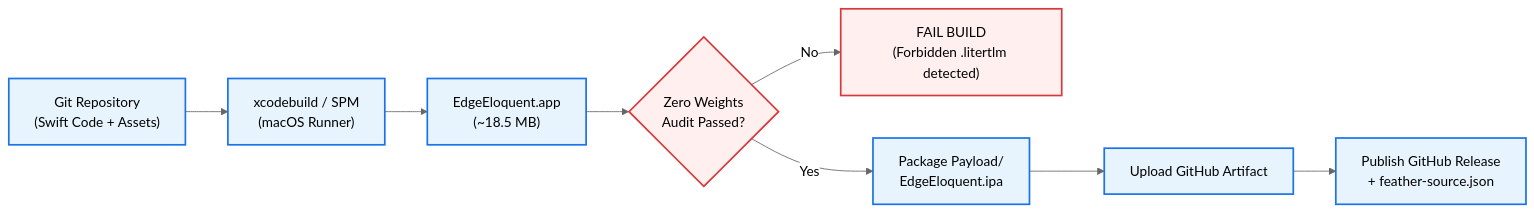
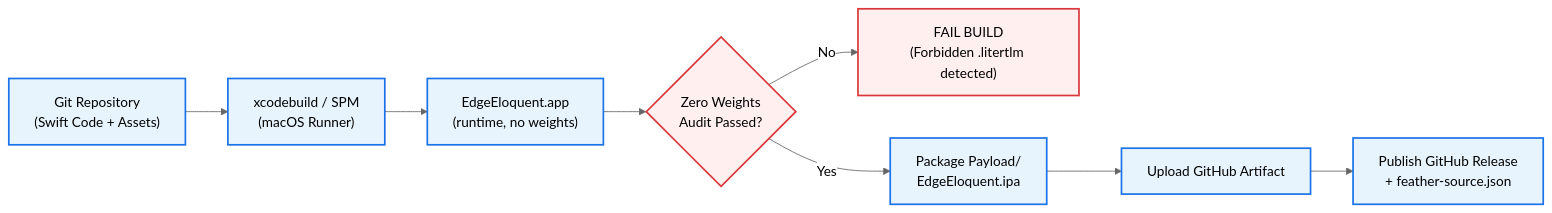
One commit to fuckmmw-afk/edge-eloquent changed the first of 2 diagrams in docs/BUILD.md. Above: the diagram before and after it, drawn with Mermaid (neutral theme). The commit also changed other lines of this file and 45 other files, not shown here.

Commit message:
fix: complete runtime audit and harden release build

````diff
--- a/docs/BUILD.md
+++ b/docs/BUILD.md
@@ -62,15 +62,15 @@
 ```mermaid
 flowchart LR
     Source["Git Repository\n(Swift Code + Assets)"] --> Build["xcodebuild / SPM\n(macOS Runner)"]
-    Build --> Archive["EdgeEloquent.app\n(~18.5 MB)"]
+    Build --> Archive["EdgeEloquent.app\n(runtime, no weights)"]
     Archive --> Audit{"Zero Weights\nAudit Passed?"}
     Audit -- No --> Fail["FAIL BUILD\n(Forbidden .litertlm detected)"]
     Audit -- Yes --> Package["Package Payload/\nEdgeEloquent.ipa"]
     Package --> Artifact["Upload GitHub Artifact"]
     Artifact --> Release["Publish GitHub Release\n+ feather-source.json"]
     
     classDef safe fill:#e8f4fd,stroke:#1a73e8,stroke-width:2px;
     classDef alert fill:#ffefef,stroke:#d9383a,stroke-width:2px;
     class Source,Build,Archive,Package,Artifact,Release safe;
     class Audit,Fail alert;
 ```
````
